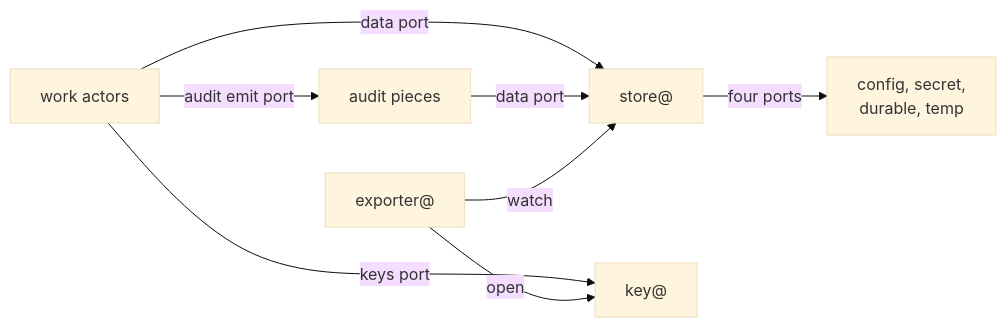
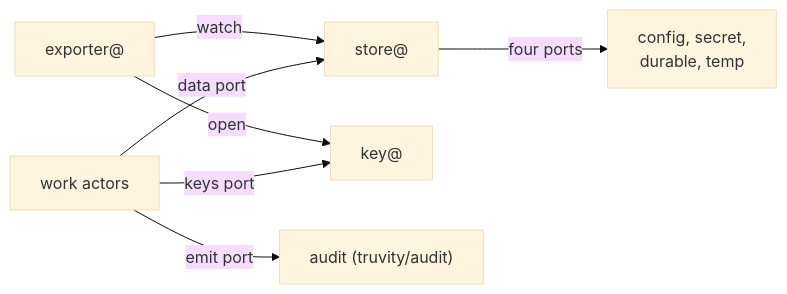
One commit to truvity/sluis changed the diagram in docs/decisions/0002-families-of-actors.md. Above: the diagram before and after it, drawn with Mermaid (base theme). The commit also changed other lines of this file and 122 other files, not shown here.

````diff
--- a/docs/decisions/0002-families-of-actors.md
+++ b/docs/decisions/0002-families-of-actors.md
@@ -42,10 +47,9 @@
 ```mermaid
 flowchart LR
   work["work actors"] -- "data port" --> store["store@"]
   work -- "keys port" --> key["key@"]
-  work -- "audit emit port" --> audit["audit pieces"]
-  audit -- "data port" --> store
+  work -- "emit port" --> audit["audit (truvity/audit)"]
   exp["exporter@"] -- "watch" --> store
   exp -- "open" --> key
   store -- "four ports" --> classes["config, secret,<br/>durable, temp"]
 ```
````
